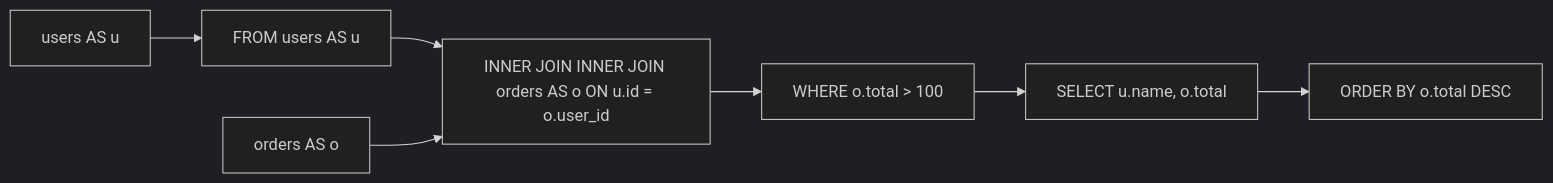
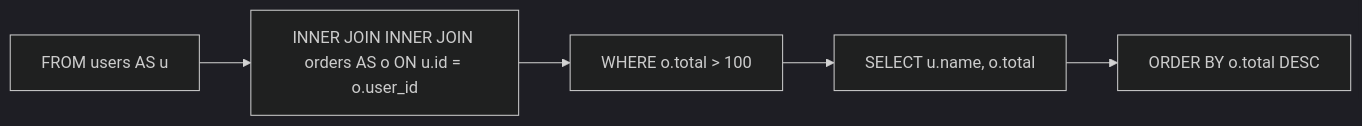
Before and after one commit to rot1024/sqloflow: the diagram in examples/join.mmd, drawn with Mermaid (dark theme). The commit also changed 68 other files, not shown here.

```diff
--- a/examples/join.mmd
+++ b/examples/join.mmd
@@ -1,14 +1,10 @@
 flowchart LR
-    node_0[users AS u]
-    node_1[FROM users AS u]
-    node_2[orders AS o]
-    node_3["INNER JOIN INNER JOIN orders AS o ON u.id = o.user_id"]
-    node_4["WHERE o.total &gt; 100"]
-    node_5["SELECT u.name, o.total"]
-    node_6["ORDER BY o.total DESC"]
+    node_0[FROM users AS u]
+    node_1["INNER JOIN INNER JOIN orders AS o ON u.id = o.user_id"]
+    node_2["WHERE o.total &gt; 100"]
+    node_3["SELECT u.name, o.total"]
+    node_4["ORDER BY o.total DESC"]
     node_0 --> node_1
-    node_1 --> node_3
+    node_1 --> node_2
     node_2 --> node_3
     node_3 --> node_4
-    node_4 --> node_5
-    node_5 --> node_6
```
